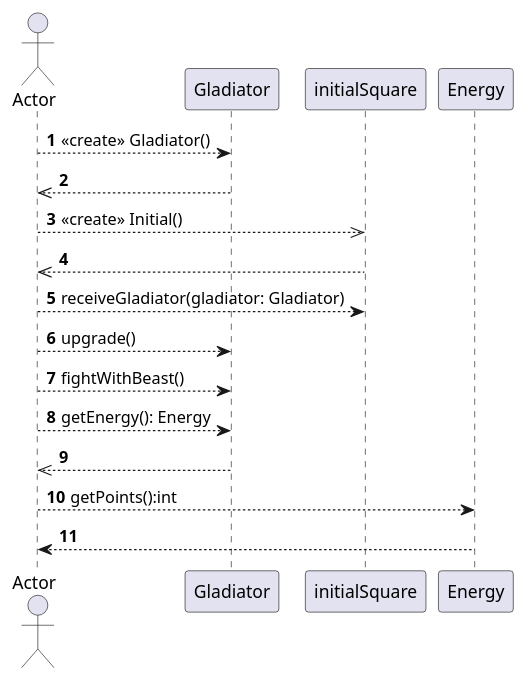
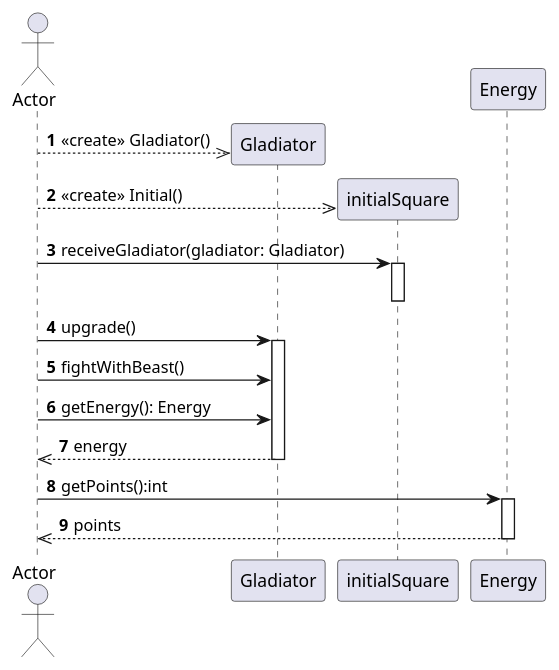
One commit to PabloGCH/tp2-algo3 changed the diagram in diagrams/sequences/UseCase05.puml. Above: the diagram before and after it, drawn with PlantUML.

Commit message:
Arrows fixed and aggregation of lifelines

```diff
--- a/diagrams/sequences/UseCase05.puml
+++ b/diagrams/sequences/UseCase05.puml
@@ -1,15 +1,24 @@
 @startuml
 autonumber
 actor Actor
-Actor --> Gladiator: <<create>> Gladiator()
-Gladiator -->> Actor:
+create Gladiator
+Actor -->> Gladiator: <<create>> Gladiator()
+create initialSquare
 Actor -->> initialSquare: <<create>> Initial()
-initialSquare -->> Actor:
-Actor --> initialSquare: receiveGladiator(gladiator: Gladiator)
-Actor --> Gladiator: upgrade()
-Actor --> Gladiator: fightWithBeast()
-Actor --> Gladiator: getEnergy(): Energy
-Gladiator -->> Actor:
-Actor --> Energy: getPoints():int
-Energy --> Actor:
+Actor -> initialSquare: receiveGladiator(gladiator: Gladiator)
+activate initialSquare
+deactivate initialSquare
+
+Actor -> Gladiator: upgrade()
+activate Gladiator
+Actor -> Gladiator: fightWithBeast()
+Actor -> Gladiator: getEnergy(): Energy
+Gladiator -->> Actor: energy
+deactivate Gladiator
+
+Actor -> Energy: getPoints():int
+activate Energy
+Energy -->> Actor: points
+deactivate Energy
+deactivate Actor
 @enduml
```
